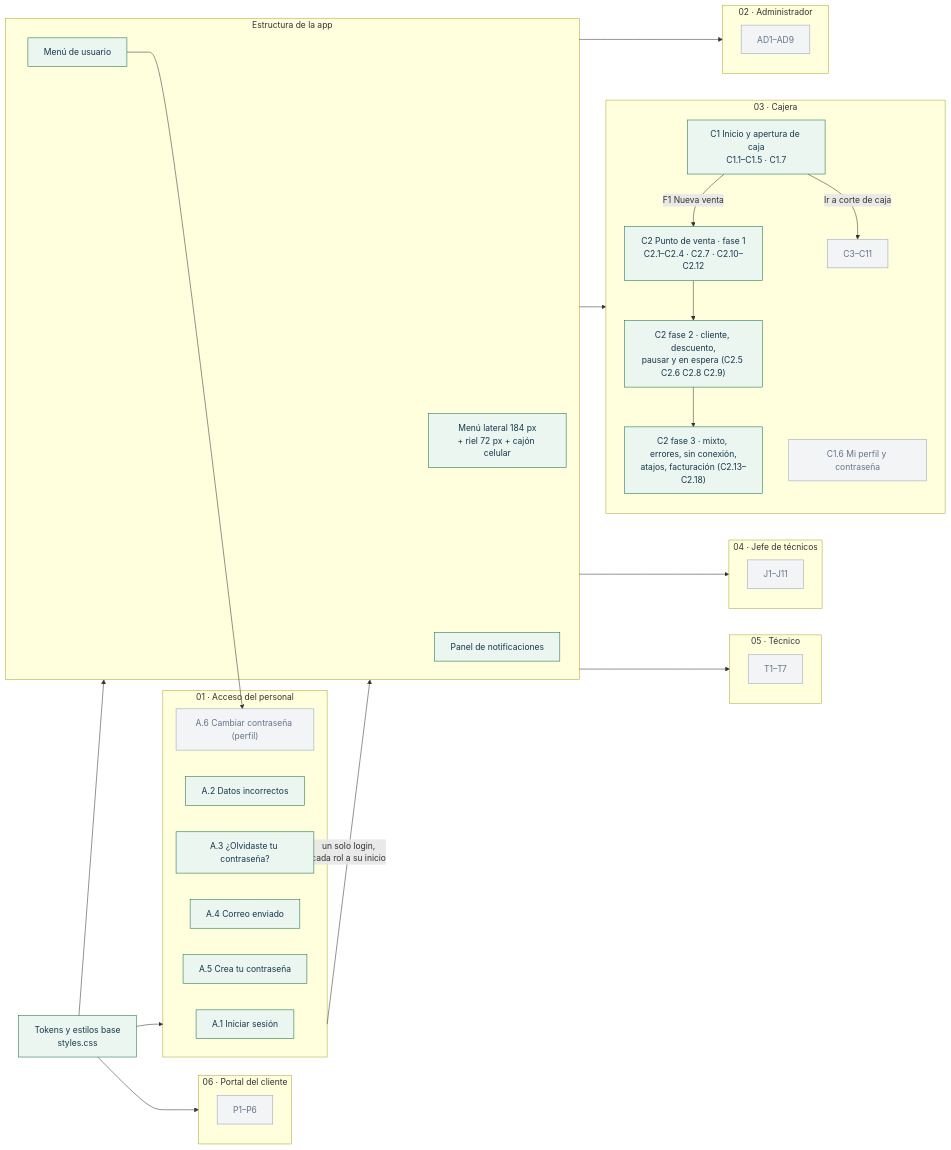
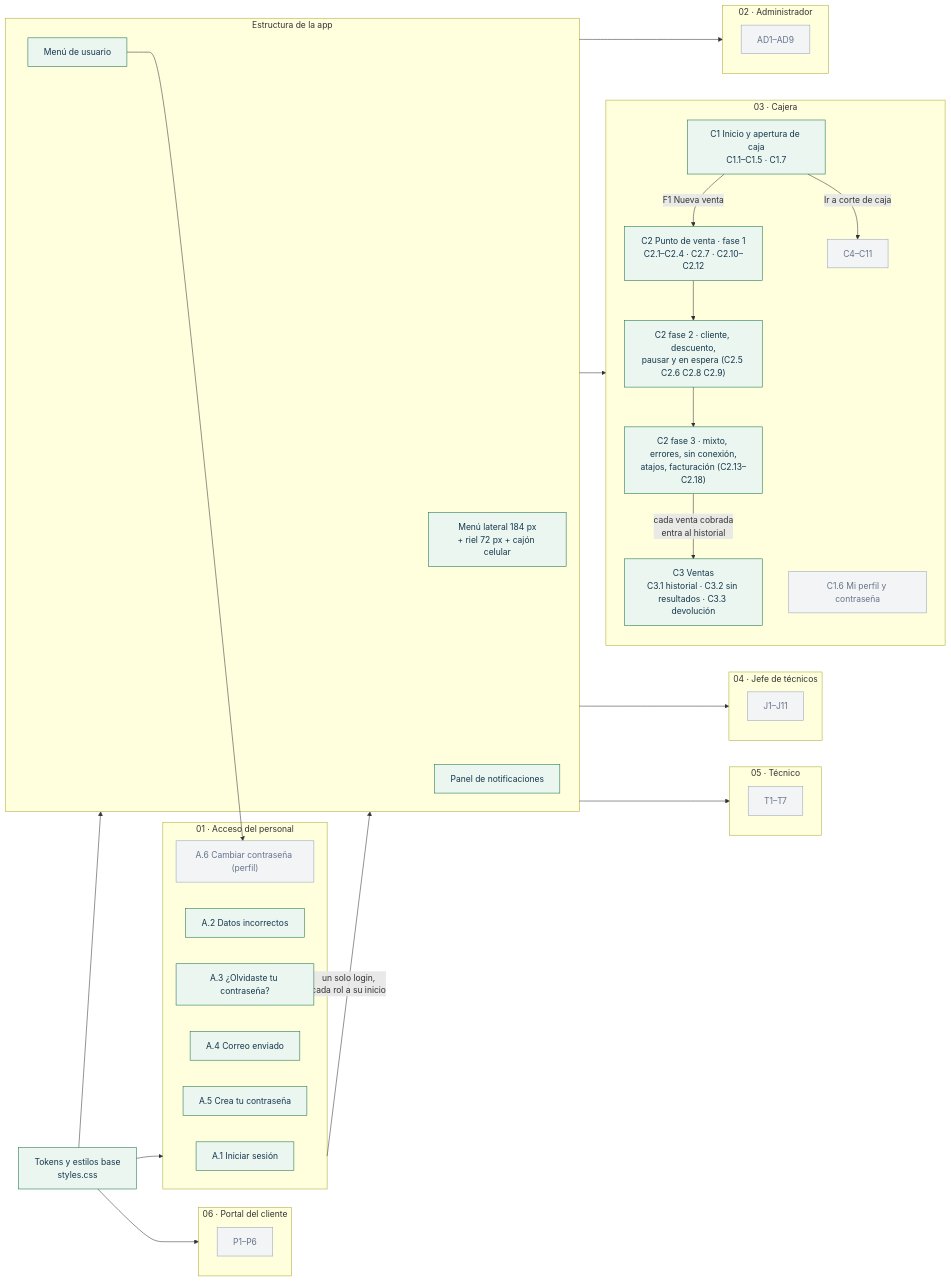
One commit to dianaaochoa/SHURI-Sistema-Gestion changed the first of 3 diagrams in frontend/BITACORA.md. Above: the diagram before and after it, drawn with Mermaid. The commit also changed other lines of this file, not shown here.

Commit message:
docs(frontend): bitácora y grafos con Ventas (C3)

````diff
--- a/frontend/BITACORA.md
+++ b/frontend/BITACORA.md
@@ -15,54 +15,56 @@
 ```mermaid
 flowchart LR
   classDef hecho fill:#eaf6ef,stroke:#187047,color:#17374e
   classDef curso fill:#fff4dc,stroke:#925d0b,color:#17374e
   classDef pendiente fill:#f3f4f6,stroke:#94a3b8,color:#64748b
 
   BASE["Tokens y estilos base<br/>styles.css"]:::hecho
 
   subgraph ACC["01 · Acceso del personal"]
     A1["A.1 Iniciar sesión"]:::hecho
     A2["A.2 Datos incorrectos"]:::hecho
     A3["A.3 ¿Olvidaste tu contraseña?"]:::hecho
     A4["A.4 Correo enviado"]:::hecho
     A5["A.5 Crea tu contraseña"]:::hecho
     A6["A.6 Cambiar contraseña (perfil)"]:::pendiente
   end
 
   subgraph SHELL["Estructura de la app"]
     MENU["Menú lateral 184 px<br/>+ riel 72 px + cajón celular"]:::hecho
     USR["Menú de usuario"]:::hecho
     NOT["Panel de notificaciones"]:::hecho
   end
 
   subgraph ADM["02 · Administrador"]
     AD["AD1–AD9"]:::pendiente
   end
   subgraph CAJ["03 · Cajera"]
     C1["C1 Inicio y apertura de caja<br/>C1.1–C1.5 · C1.7"]:::hecho
     C16["C1.6 Mi perfil y contraseña"]:::pendiente
     C2A["C2 Punto de venta · fase 1<br/>C2.1–C2.4 · C2.7 · C2.10–C2.12"]:::hecho
     C2B["C2 fase 2 · cliente, descuento,<br/>pausar y en espera (C2.5 C2.6 C2.8 C2.9)"]:::hecho
     C2C["C2 fase 3 · mixto, errores, sin conexión,<br/>atajos, facturación (C2.13–C2.18)"]:::hecho
-    C["C3–C11"]:::pendiente
+    C3["C3 Ventas<br/>C3.1 historial · C3.2 sin resultados · C3.3 devolución"]:::hecho
+    C["C4–C11"]:::pendiente
   end
   subgraph JEF["04 · Jefe de técnicos"]
     J["J1–J11"]:::pendiente
   end
   subgraph TEC["05 · Técnico"]
     T["T1–T7"]:::pendiente
   end
   subgraph POR["06 · Portal del cliente"]
     P["P1–P6"]:::pendiente
   end
 
   BASE --> ACC
   BASE --> SHELL
   ACC -->|"un solo login,<br/>cada rol a su inicio"| SHELL
   SHELL --> ADM & CAJ & JEF & TEC
   USR --> A6
   C1 -->|"F1 Nueva venta"| C2A
   C2A --> C2B --> C2C
+  C2C -->|"cada venta cobrada<br/>entra al historial"| C3
   C1 -->|"Ir a corte de caja"| C
   BASE --> POR
 ```
````
